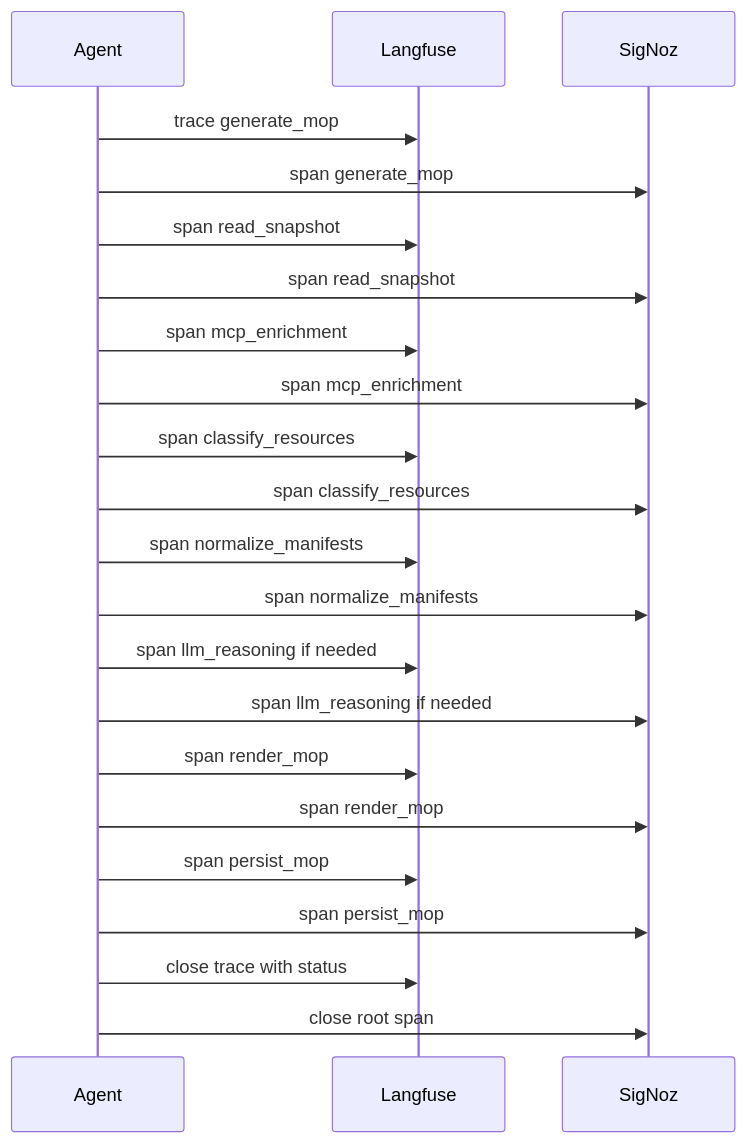
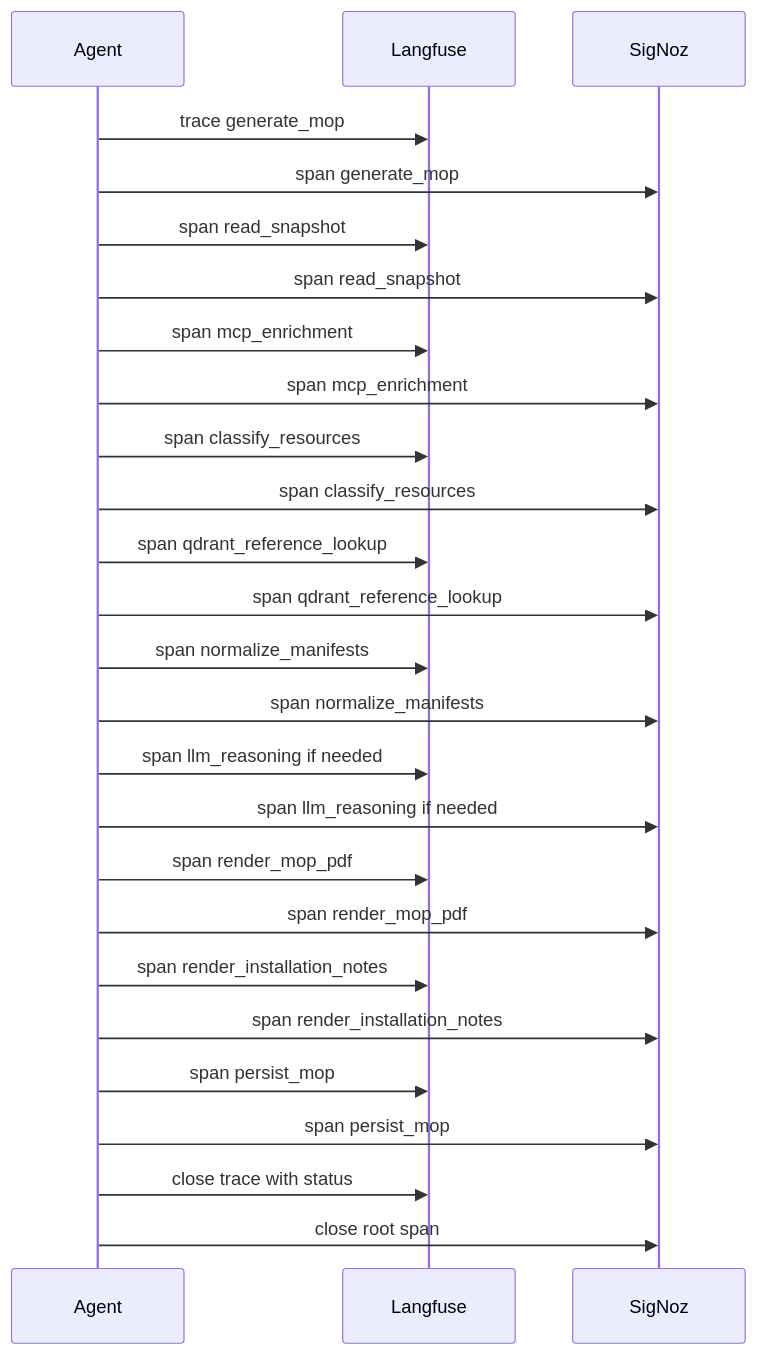
Before and after one commit to aveeshek/bosgenesis-mop-creation-agent: the seventh of 7 diagrams in docs/04_ALGORITHM_MOP_CREATION_AGENT.md, drawn with Mermaid. The commit also changed other lines of this file and 62 other files, not shown here.

````diff
--- a/docs/04_ALGORITHM_MOP_CREATION_AGENT.md
+++ b/docs/04_ALGORITHM_MOP_CREATION_AGENT.md
@@ -472,25 +516,29 @@
 ```mermaid
 sequenceDiagram
     participant A as Agent
     participant L as Langfuse
     participant S as SigNoz
 
     A->>L: trace generate_mop
     A->>S: span generate_mop
     A->>L: span read_snapshot
     A->>S: span read_snapshot
     A->>L: span mcp_enrichment
     A->>S: span mcp_enrichment
     A->>L: span classify_resources
     A->>S: span classify_resources
+    A->>L: span qdrant_reference_lookup
+    A->>S: span qdrant_reference_lookup
     A->>L: span normalize_manifests
     A->>S: span normalize_manifests
     A->>L: span llm_reasoning if needed
     A->>S: span llm_reasoning if needed
-    A->>L: span render_mop
-    A->>S: span render_mop
+    A->>L: span render_mop_pdf
+    A->>S: span render_mop_pdf
+    A->>L: span render_installation_notes
+    A->>S: span render_installation_notes
     A->>L: span persist_mop
     A->>S: span persist_mop
     A->>L: close trace with status
     A->>S: close root span
 ```
````
